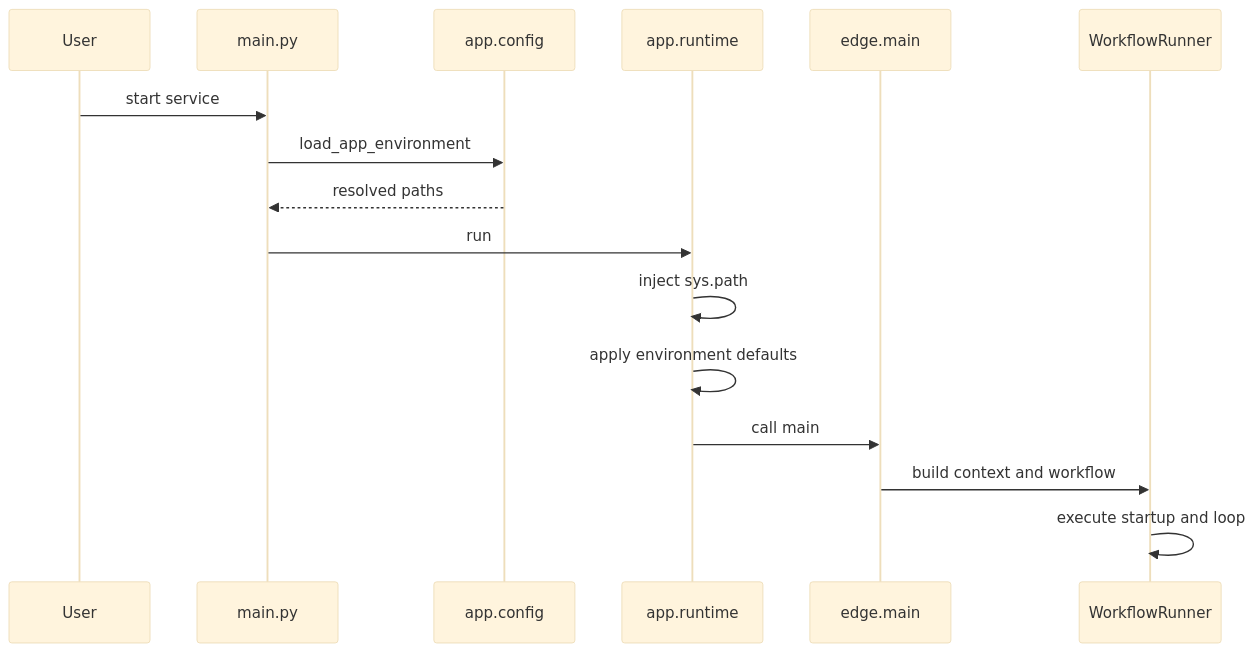
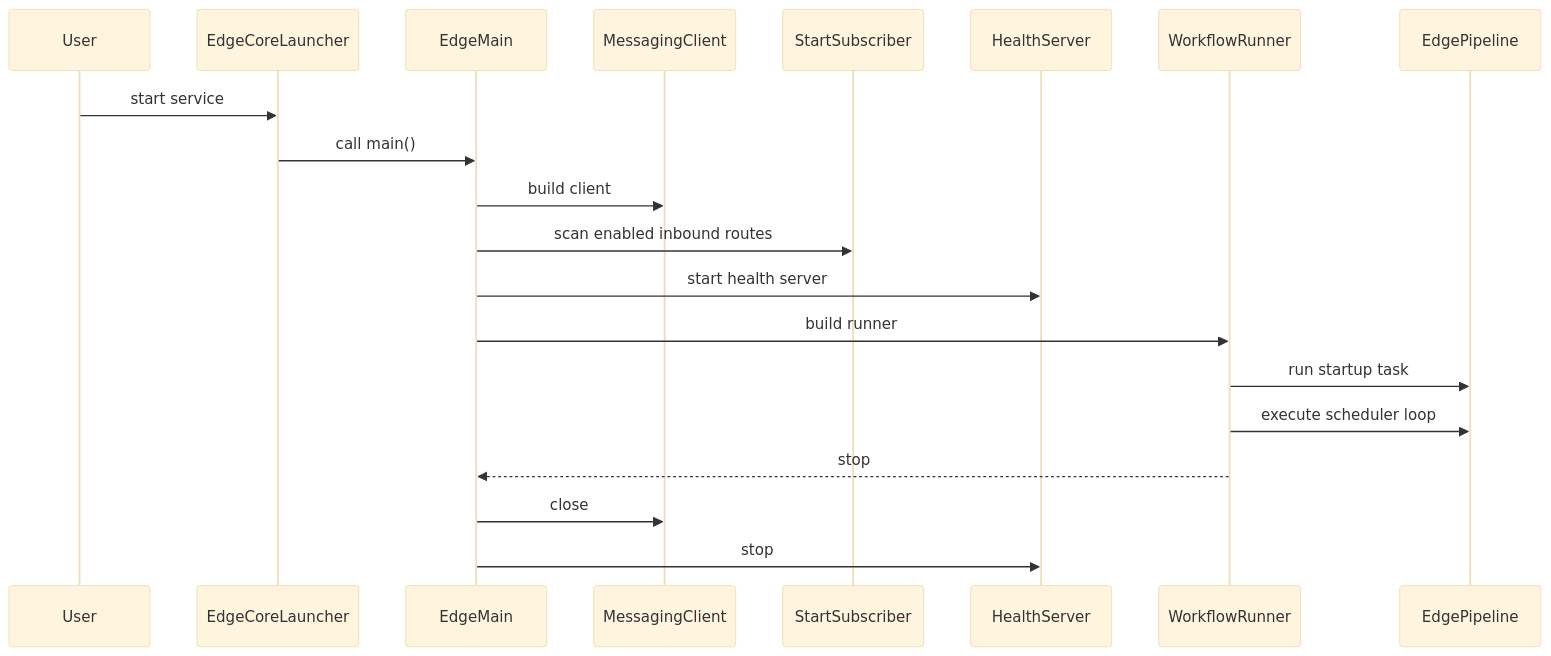
Before and after one commit to allenshie/edge_core: the second of 5 diagrams in docs/diagrams/README.md, drawn with Mermaid (base theme). The commit also changed other lines of this file and 11 other files, not shown here.

Commit message:
docs: add edge_core diagram hub

````diff
--- a/docs/diagrams/README.md
+++ b/docs/diagrams/README.md
@@ -60,19 +88,23 @@
 ```mermaid
 sequenceDiagram
     participant User
-    participant Launcher as main.py
-    participant EnvLoader as app.config
-    participant AppRuntime as app.runtime
-    participant EdgeMain as edge.main
-    participant Workflow as WorkflowRunner
+    participant EdgeCoreLauncher
+    participant EdgeMain
+    participant MessagingClient
+    participant StartSubscriber
+    participant HealthServer
+    participant WorkflowRunner
+    participant EdgePipeline
 
-    User->>Launcher: start service
-    Launcher->>EnvLoader: load_app_environment
-    EnvLoader-->>Launcher: resolved paths
-    Launcher->>AppRuntime: run
-    AppRuntime->>AppRuntime: inject sys.path
-    AppRuntime->>AppRuntime: apply environment defaults
-    AppRuntime->>EdgeMain: call main
-    EdgeMain->>Workflow: build context and workflow
-    Workflow->>Workflow: execute startup and loop
+    User->>EdgeCoreLauncher: start service
+    EdgeCoreLauncher->>EdgeMain: call main()
+    EdgeMain->>MessagingClient: build client
+    EdgeMain->>StartSubscriber: scan enabled inbound routes
+    EdgeMain->>HealthServer: start health server
+    EdgeMain->>WorkflowRunner: build runner
+    WorkflowRunner->>EdgePipeline: run startup task
+    WorkflowRunner->>EdgePipeline: execute scheduler loop
+    WorkflowRunner-->>EdgeMain: stop
+    EdgeMain->>MessagingClient: close
+    EdgeMain->>HealthServer: stop
 ```
````
